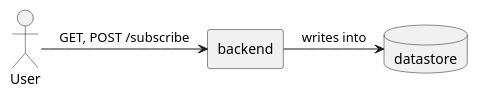
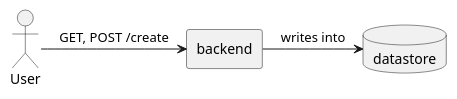
One commit to abchau/architecture-by-examples changed the diagram in docs/diagrams/use-case.puml. Above: the diagram before and after it, drawn with PlantUML. The commit also changed 245 other files, not shown here.

```diff
--- a/docs/diagrams/use-case.puml
+++ b/docs/diagrams/use-case.puml
@@ -1,11 +1,11 @@
 @startuml
 
 actor User
 
 rectangle backend
 database datastore
 
-User -right-> backend: GET, POST /subscribe
+User -right-> backend: GET, POST /create
 backend -right-> datastore: writes into
 
 @enduml
```
